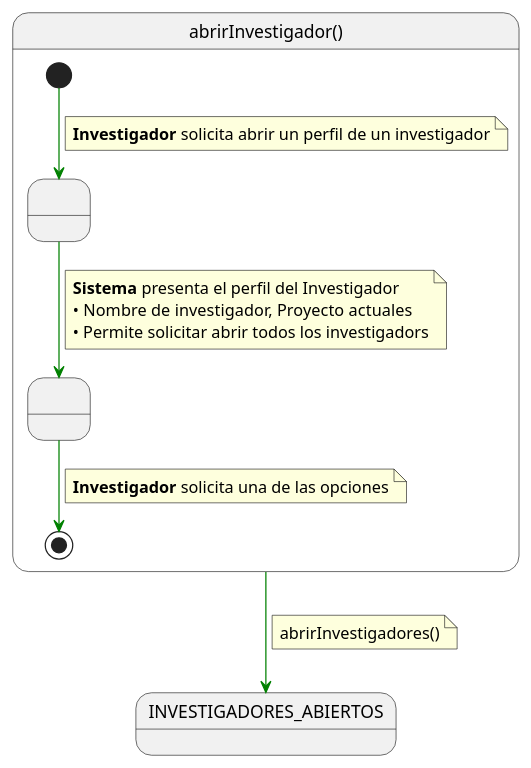
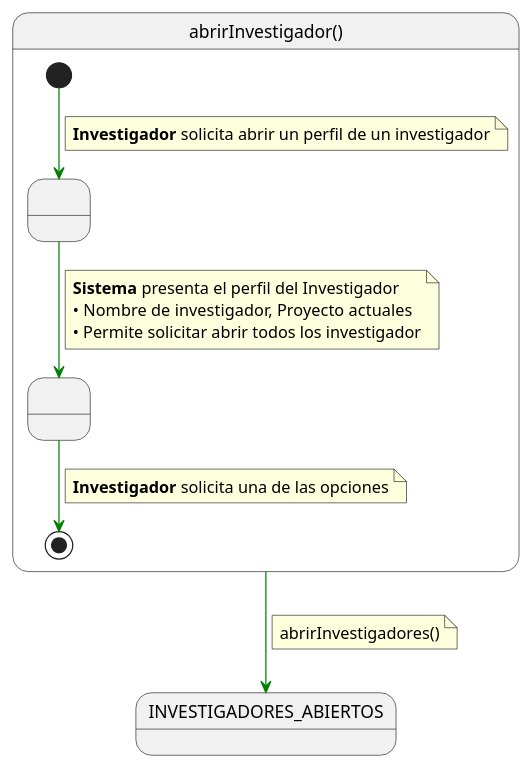
Before and after one commit to 31Diego/25-26-IdSw1-SdR: the diagram in documents/CasosDeUso/investigador/05-ver-investigadores/verInvestigador/abrirInvestigador.puml, drawn with PlantUML.

Commit message:
fix/algo mal escrito

```diff
--- a/documents/CasosDeUso/investigador/05-ver-investigadores/verInvestigador/abrirInvestigador.puml
+++ b/documents/CasosDeUso/investigador/05-ver-investigadores/verInvestigador/abrirInvestigador.puml
@@ -1,33 +1,33 @@
 @startuml abrirInvestigador
 
 skinparam linetype polyline
 
 state abrirInvestigador as "abrirInvestigador()" {
 
     state " " as MostrandoInvestigador
     state " " as DetallesDeInvestigador
 
     [*] -[#green]-> MostrandoInvestigador 
     note on link
     <b>Investigador</b> solicita abrir un perfil de un investigador
     end note    
     
     MostrandoInvestigador -[#green]-> DetallesDeInvestigador
     note on link
     <b>Sistema</b> presenta el perfil del Investigador
     • Nombre de investigador, Proyecto actuales
-    • Permite solicitar abrir todos los investigadors
+    • Permite solicitar abrir todos los investigador
     end note
     
     DetallesDeInvestigador -[#green]-> [*]
     note on link
     <b>Investigador</b> solicita una de las opciones
     end note
 }
 
 abrirInvestigador -[#green]-> INVESTIGADORES_ABIERTOS
 note on link
 abrirInvestigadores()
 end note
 
 @enduml
```
